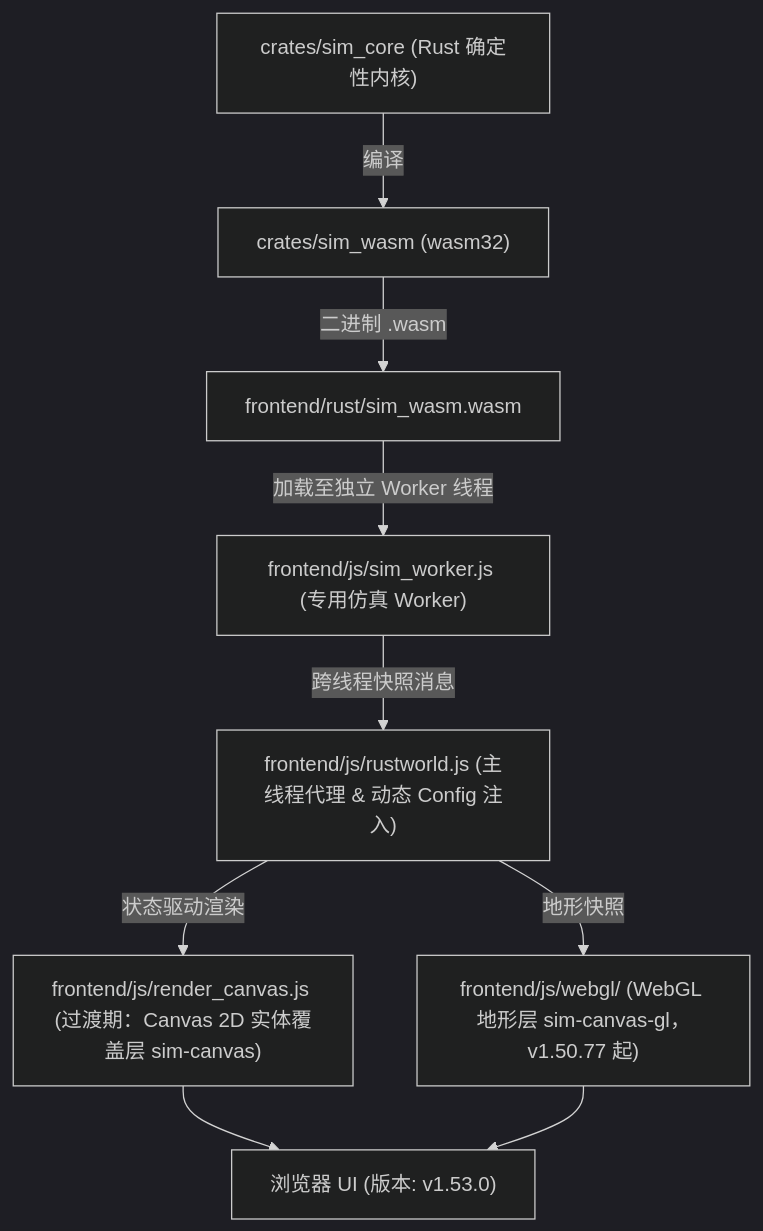
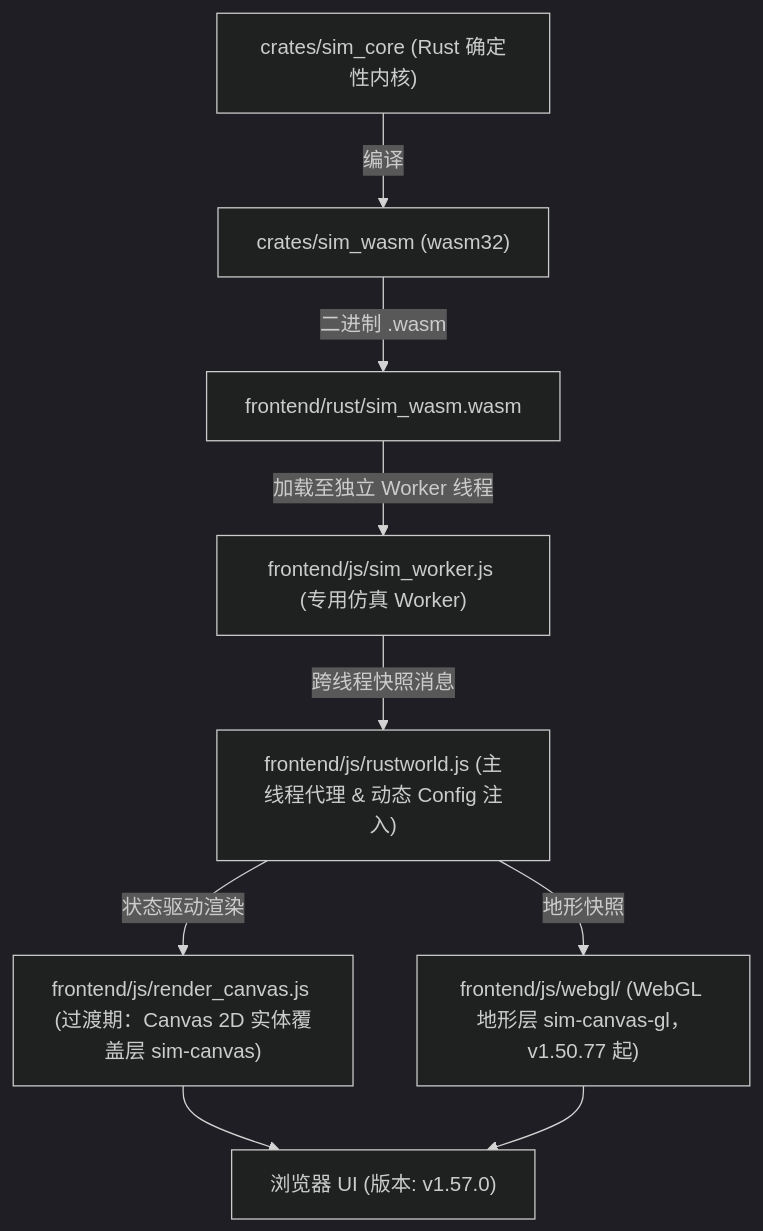
Before and after one commit to g39088902/FlowAndAccord: the diagram in AGENTS.md, drawn with Mermaid (dark theme). The commit also changed other lines of this file and 23 other files, not shown here.

````diff
--- a/AGENTS.md
+++ b/AGENTS.md
@@ -62,12 +62,12 @@
 ```mermaid
 graph TD
     A["crates/sim_core (Rust 确定性内核)"] -->|编译| B["crates/sim_wasm (wasm32)"]
     B -->|二进制 .wasm| C["frontend/rust/sim_wasm.wasm"]
     C -->|加载至独立 Worker 线程| D["frontend/js/sim_worker.js (专用仿真 Worker)"]
     D -->|跨线程快照消息| E["frontend/js/rustworld.js (主线程代理 & 动态 Config 注入)"]
     E -->|状态驱动渲染| F["frontend/js/render_canvas.js (过渡期：Canvas 2D 实体覆盖层 sim-canvas)"]
     E -->|地形快照| F2["frontend/js/webgl/ (WebGL 地形层 sim-canvas-gl，v1.50.77 起)"]
-    F --> G["浏览器 UI (版本: v1.53.0)"]
+    F --> G["浏览器 UI (版本: v1.57.0)"]
     F2 --> G
 
 ```
````
